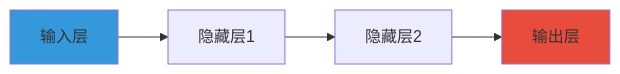
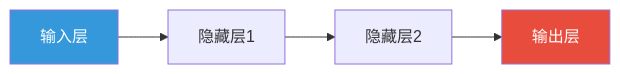
Before and after one commit to Atituiset/llm-konwleage-hub: the second of 6 diagrams in src/04-deep-learning-core/dl-little-book.md, drawn with Mermaid. The commit also changed other lines of this file and 7 other files, not shown here.

First line of the commit message:
Fix Mermaid diagram readability: explicit text colors on styled nodes

````diff
--- a/src/04-deep-learning-core/dl-little-book.md
+++ b/src/04-deep-learning-core/dl-little-book.md
@@ -30,9 +30,9 @@
 ```mermaid
 graph LR
     A[输入层] --> B[隐藏层1]
     B --> C[隐藏层2]
     C --> D[输出层]
 
-    style A fill:#3498db
-    style D fill:#e74c3c
+    style A fill:#3498db,color:#fff
+    style D fill:#e74c3c,color:#fff
 ```
````
